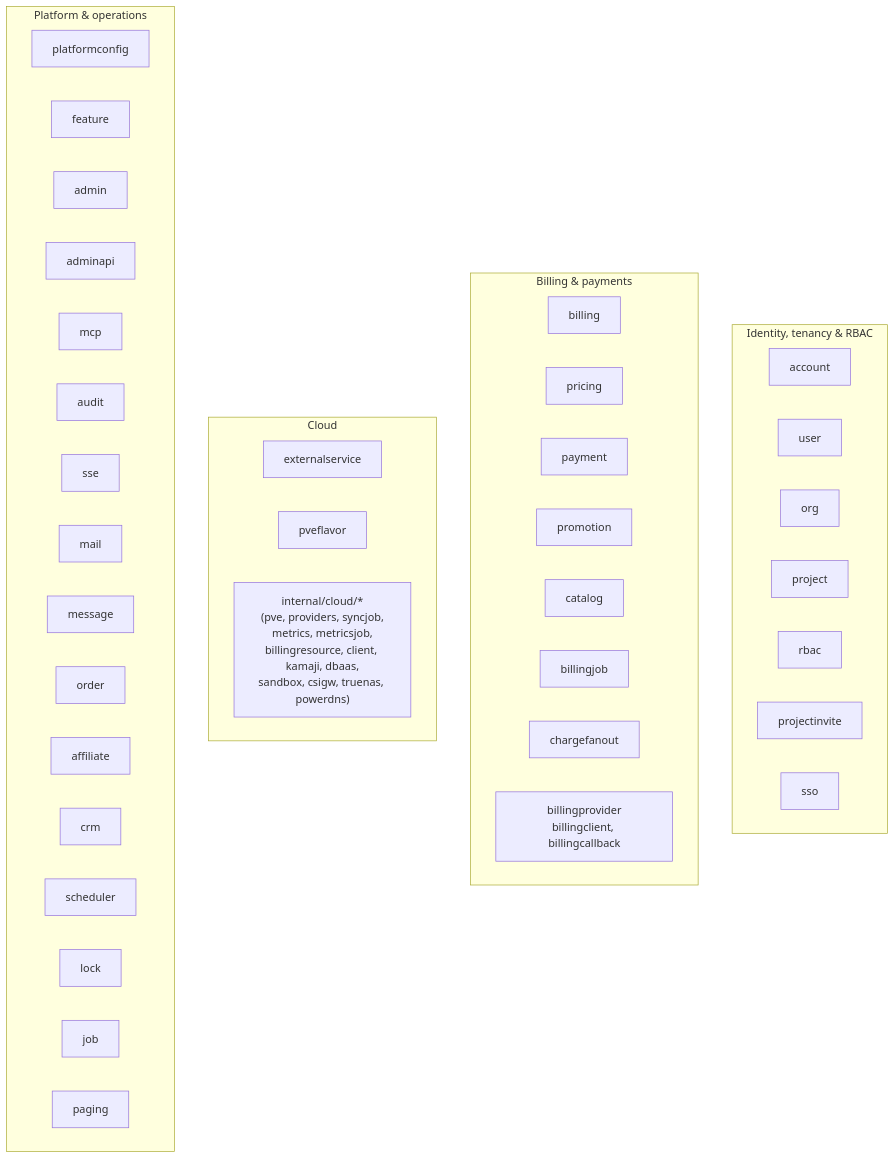
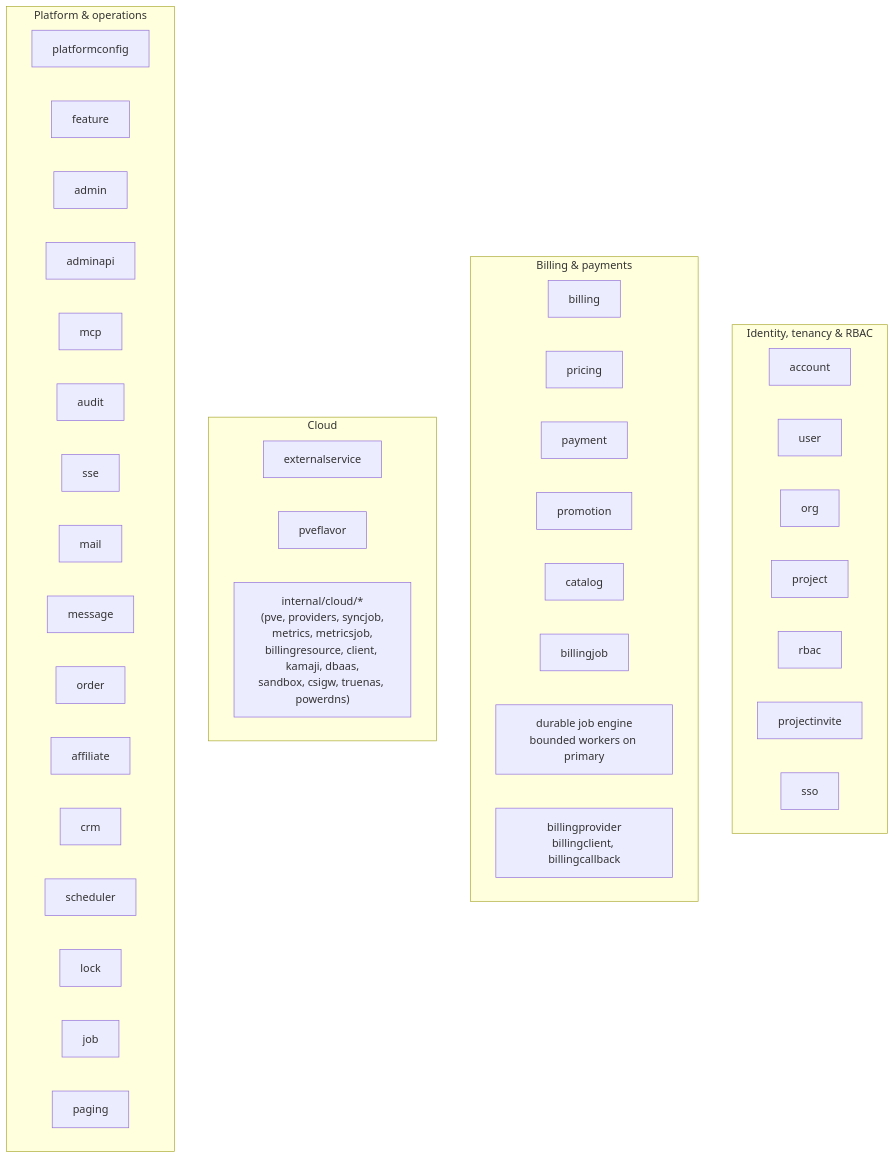
The sixth of 7 diagrams in docs/architecture.md (mutex-solutions/proxcloud), drawn with Mermaid before and after one commit. The commit also changed other lines of this file and 29 other files, not shown here.

````diff
--- a/docs/architecture.md
+++ b/docs/architecture.md
@@ -301,45 +306,45 @@
 ```mermaid
 flowchart TB
     subgraph ID["Identity, tenancy & RBAC"]
         account["account"]
         user["user"]
         org["org"]
         project["project"]
         rbac["rbac"]
         projectinvite["projectinvite"]
         sso["sso"]
     end
     subgraph BILL["Billing & payments"]
         billing["billing"]
         pricing["pricing"]
         payment["payment"]
         promotion["promotion"]
         catalog["catalog"]
         billingjob["billingjob"]
-        chargefanout["chargefanout"]
+        durablejobs["durable job engine<br/>bounded workers on primary"]
         billingprovider["billingprovider<br/>billingclient, billingcallback"]
     end
     subgraph CLOUD["Cloud"]
         externalservice["externalservice"]
         pveflavor["pveflavor"]
         cloudpkg["internal/cloud/*<br/>(pve, providers, syncjob,<br/>metrics, metricsjob,<br/>billingresource, client, kamaji, dbaas,<br/>sandbox, csigw, truenas, powerdns)"]
     end
     subgraph PLAT["Platform & operations"]
         platformconfig["platformconfig"]
         feature["feature"]
         admin["admin"]
         adminapi["adminapi"]
         mcp["mcp"]
         audit["audit"]
         sse["sse"]
         mail["mail"]
         message["message"]
         order["order"]
         affiliate["affiliate"]
         crm["crm"]
         scheduler["scheduler"]
         lock["lock"]
         job["job"]
         paging["paging"]
     end
 ```
````
